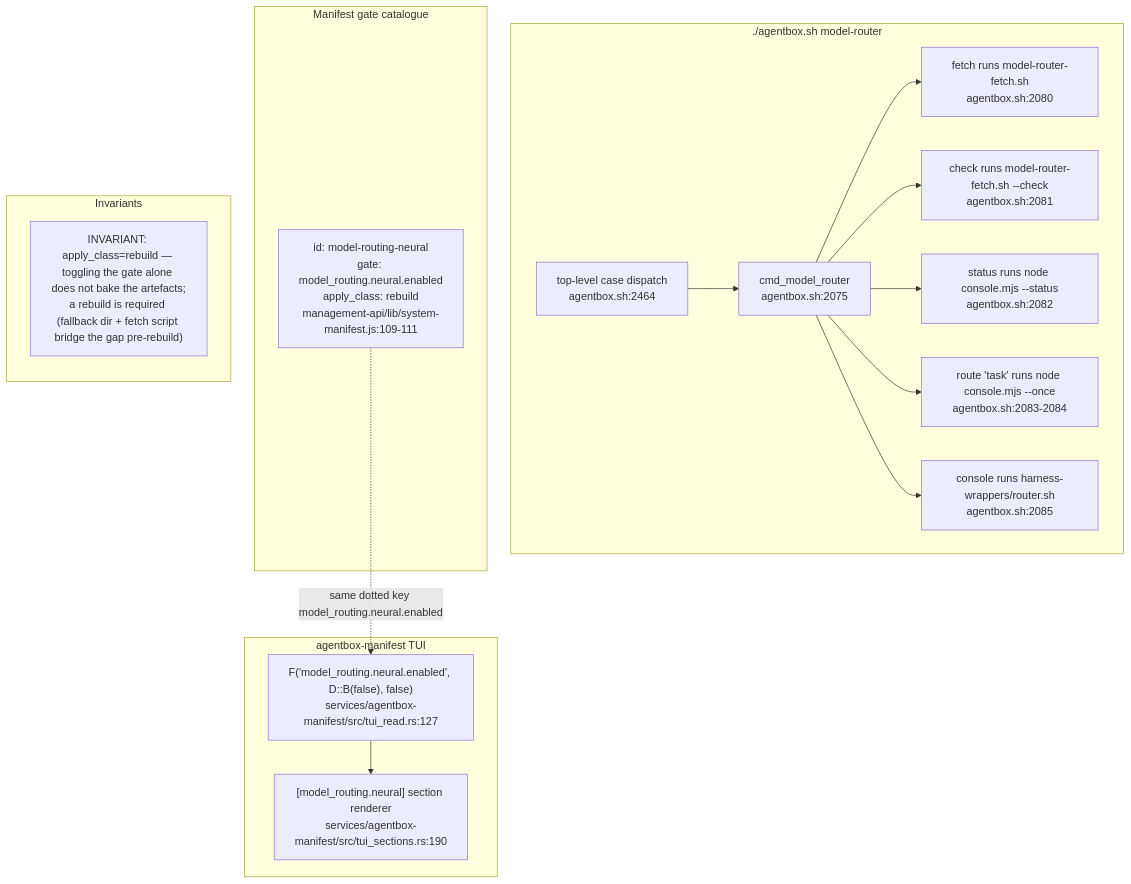
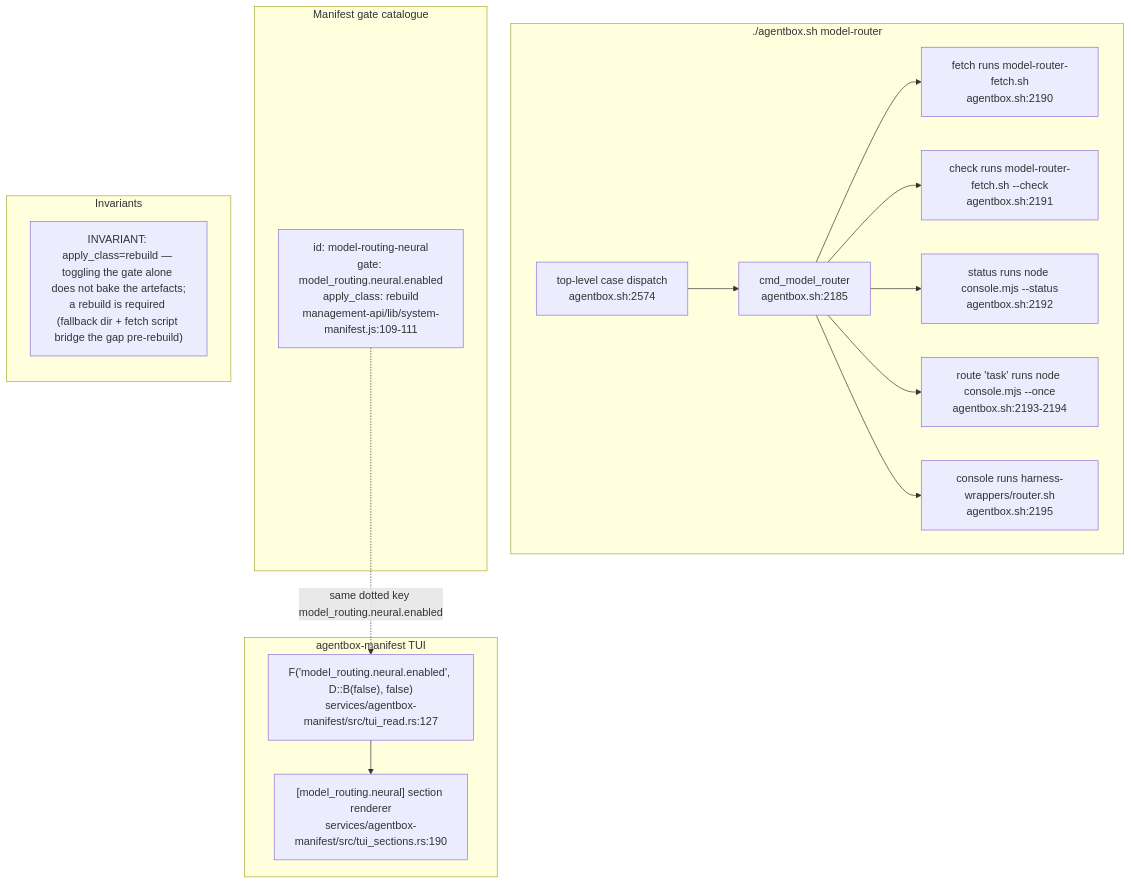
One commit to DreamLab-AI/VisionFlow changed the eighth of 9 diagrams in docs/diagrams/agentbox/29-metaharness-router-console.md. Above: the diagram before and after it, drawn with Mermaid. The commit also changed other lines of this file and 136 other files, not shown here.

First line of the commit message:
docs(diagrams): refresh the whole corpus to code HEAD and prune low-value diagrams

````diff
--- a/docs/diagrams/agentbox/29-metaharness-router-console.md
+++ b/docs/diagrams/agentbox/29-metaharness-router-console.md
@@ -269,32 +269,32 @@
 ```mermaid
 flowchart TB
     subgraph cli["./agentbox.sh model-router <sub>"]
-        CMD["cmd_model_router<br/>agentbox.sh:2075"]
-        FETCH2["fetch runs model-router-fetch.sh<br/>agentbox.sh:2080"]
-        CHECK2["check runs model-router-fetch.sh --check<br/>agentbox.sh:2081"]
-        STATUS2["status runs node console.mjs --status<br/>agentbox.sh:2082"]
-        ROUTE2["route 'task' runs node console.mjs --once<br/>agentbox.sh:2083-2084"]
-        CONSOLE2["console runs harness-wrappers/router.sh<br/>agentbox.sh:2085"]
-        DISPATCH["top-level case dispatch<br/>agentbox.sh:2464"]
+        CMD["cmd_model_router<br/>agentbox.sh:2185"]
+        FETCH2["fetch runs model-router-fetch.sh<br/>agentbox.sh:2190"]
+        CHECK2["check runs model-router-fetch.sh --check<br/>agentbox.sh:2191"]
+        STATUS2["status runs node console.mjs --status<br/>agentbox.sh:2192"]
+        ROUTE2["route 'task' runs node console.mjs --once<br/>agentbox.sh:2193-2194"]
+        CONSOLE2["console runs harness-wrappers/router.sh<br/>agentbox.sh:2195"]
+        DISPATCH["top-level case dispatch<br/>agentbox.sh:2574"]
     end
     subgraph catalogue["Manifest gate catalogue"]
         GATE["id: model-routing-neural<br/>gate: model_routing.neural.enabled<br/>apply_class: rebuild<br/>management-api/lib/system-manifest.js:109-111"]
     end
     subgraph tui["agentbox-manifest TUI"]
         READ["F('model_routing.neural.enabled', D::B(false), false)<br/>services/agentbox-manifest/src/tui_read.rs:127"]
         RENDER["[model_routing.neural] section renderer<br/>services/agentbox-manifest/src/tui_sections.rs:190"]
     end
     DISPATCH --> CMD
     CMD --> FETCH2
     CMD --> CHECK2
     CMD --> STATUS2
     CMD --> ROUTE2
     CMD --> CONSOLE2
     GATE -.->|"same dotted key model_routing.neural.enabled"| READ
     READ --> RENDER
     subgraph notes["Invariants"]
         direction TB
         N1["INVARIANT: apply_class=rebuild — toggling the gate alone does not bake the artefacts;<br/>a rebuild is required (fallback dir + fetch script bridge the gap pre-rebuild)"]
         N1
     end
 ```
````
